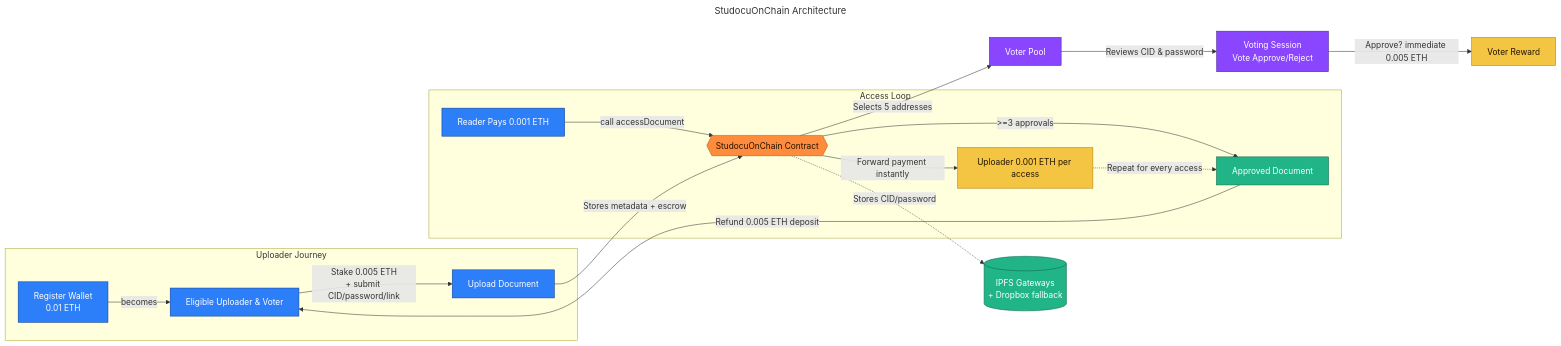
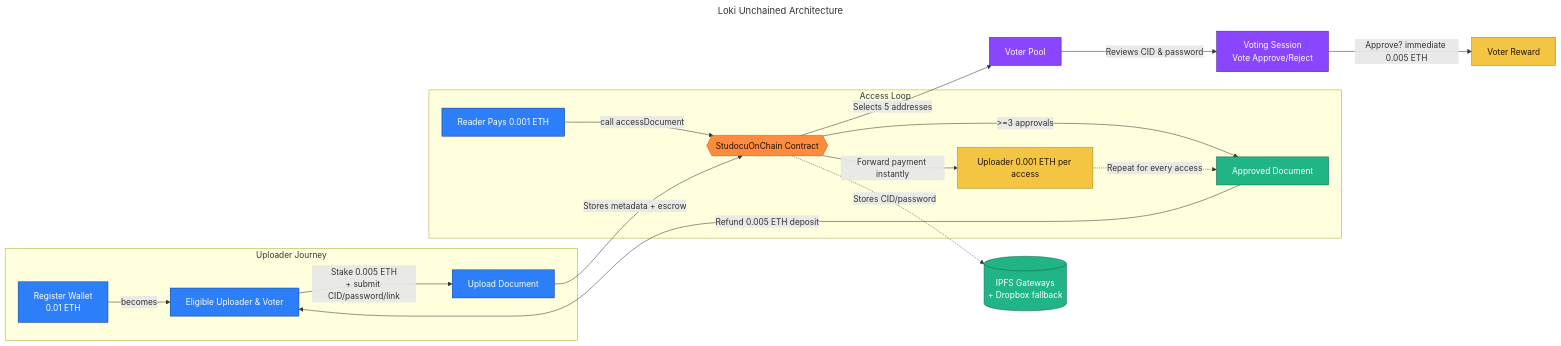
Before and after one commit to Arnie016/StudocuOnChain: the diagram in docs/architecture/studocu-onchain-architecture.mmd, drawn with Mermaid. The commit also changed other lines of this file and 66 other files, not shown here.

```diff
--- a/docs/architecture/studocu-onchain-architecture.mmd
+++ b/docs/architecture/studocu-onchain-architecture.mmd
@@ -1,36 +1,36 @@
 ---
-title: StudocuOnChain Architecture
+title: Loki Unchained Architecture
 ---
 flowchart LR
     classDef uploader fill:#2D7FF9,stroke:#0A3D8F,color:#fff
     classDef voter fill:#8A46FF,stroke:#4A228E,color:#fff
     classDef contract fill:#FF8B3D,stroke:#B05300,color:#1f1200
     classDef storage fill:#20B486,stroke:#0f674c,color:#fff
     classDef reward fill:#F4C542,stroke:#AD7B04,color:#1f1200
 
     subgraph Uploader Journey
         A[Register Wallet\n0.01 ETH]:::uploader -->|becomes| B[Eligible Uploader & Voter]:::uploader
         B -->|Stake 0.005 ETH\n+ submit CID/password/link| C[Upload Document]:::uploader
     end
 
     C -->|Stores metadata + escrow| D{{StudocuOnChain Contract}}:::contract
     D -->|Selects 5 addresses| E[Voter Pool]:::voter
     E -->|Reviews CID & password| F[Voting Session\nVote Approve/Reject]:::voter
     F -->|Approve? immediate 0.005 ETH| G[Voter Reward]:::reward
 
     D -->|>=3 approvals| H[Approved Document]:::storage
     H -->|Refund 0.005 ETH deposit| B
 
     subgraph Access Loop
         I[Reader Pays 0.001 ETH]:::uploader -->|call accessDocument| D
         D -->|Forward payment instantly| J[Uploader 0.001 ETH per access]:::reward
         J -.->|Repeat for every access| H
     end
 
     D -.->|Stores CID/password| K[(IPFS Gateways\n+ Dropbox fallback)]:::storage
 
     class A,B,C,I uploader
     class E,F voter
     class D contract
     class H,K storage
     class G,J reward
```
